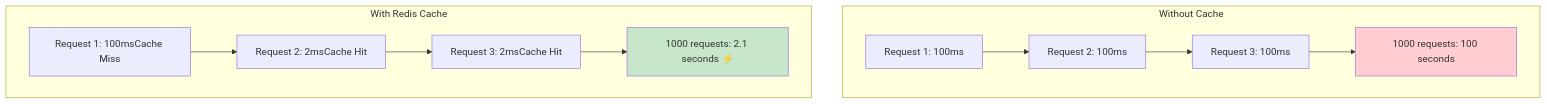
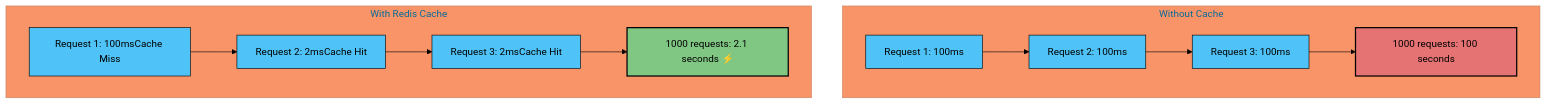
Before and after one commit to simplyarfan/Sentiment-API: the fourth of 4 diagrams in README.md, drawn with Mermaid. The commit also changed other lines of this file, not shown here.

Commit message:
Improve Mermaid diagram visibility with vibrant colors and black text

````diff
--- a/README.md
+++ b/README.md
@@ -110,17 +112,18 @@
 ```mermaid
+%%{init: {'theme':'base', 'themeVariables': { 'primaryColor':'#4fc3f7','primaryTextColor':'#000','primaryBorderColor':'#000','lineColor':'#000'}}}%%
 graph TD
     subgraph "Without Cache"
         A1[Request 1: 100ms] --> A2[Request 2: 100ms]
         A2 --> A3[Request 3: 100ms]
         A3 --> A4[1000 requests: 100 seconds]
     end
     
     subgraph "With Redis Cache"
         B1[Request 1: 100msCache Miss] --> B2[Request 2: 2msCache Hit]
         B2 --> B3[Request 3: 2msCache Hit]
         B3 --> B4[1000 requests: 2.1 seconds ⚡]
     end
     
-    style A4 fill:#ffcdd2
-    style B4 fill:#c8e6c9
+    style A4 fill:#e57373,stroke:#000,stroke-width:2px,color:#000
+    style B4 fill:#81c784,stroke:#000,stroke-width:2px,color:#000
 ```
````
